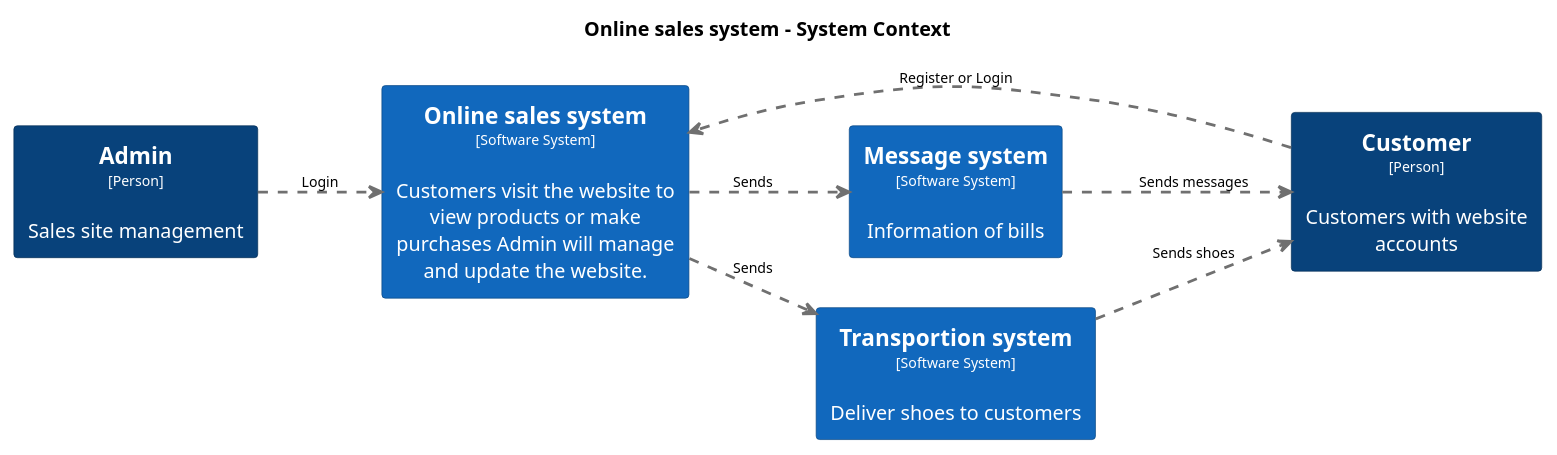
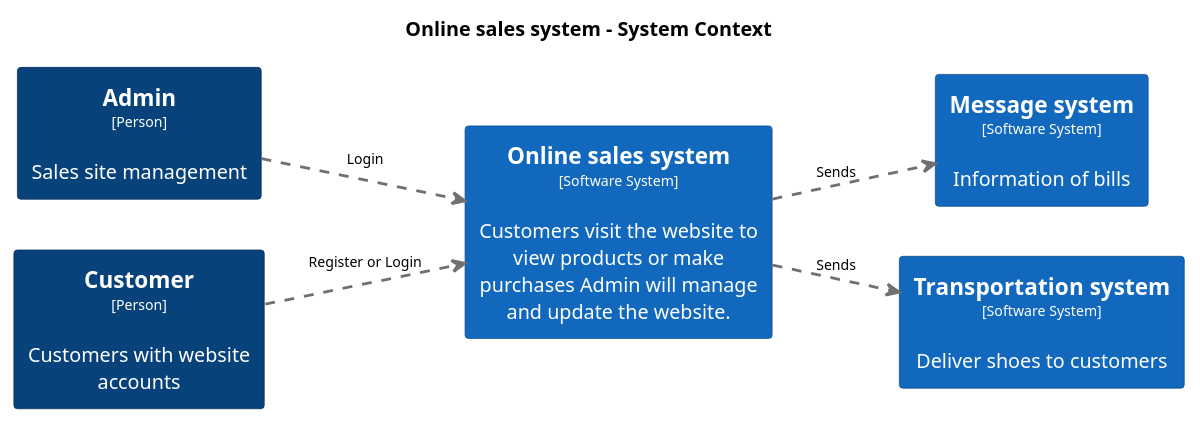
One commit to lantrannk/phan-tich-thiet-ke-oop changed the diagram in export/Customer.puml. Above: the diagram before and after it, drawn with PlantUML. The commit also changed 3 other files, not shown here.

```diff
--- a/export/Customer.puml
+++ b/export/Customer.puml
@@ -1,49 +1,47 @@
 @startuml(id=Customer)
 title Online sales system - System Context
 
 skinparam {
   shadowing false
   arrowFontSize 10
   defaultTextAlignment center
   wrapWidth 200
   maxMessageSize 100
 }
 hide stereotype
 left to right direction
 skinparam rectangle<<1>> {
   BackgroundColor #08427b
   FontColor #ffffff
   BorderColor #052e56
 }
+skinparam rectangle<<45>> {
+  BackgroundColor #1168bd
+  FontColor #ffffff
+  BorderColor #0b4884
+}
 skinparam rectangle<<2>> {
   BackgroundColor #08427b
   FontColor #ffffff
   BorderColor #052e56
 }
 skinparam rectangle<<3>> {
   BackgroundColor #1168bd
   FontColor #ffffff
   BorderColor #0b4884
 }
-skinparam rectangle<<4>> {
-  BackgroundColor #1168bd
-  FontColor #ffffff
-  BorderColor #0b4884
-}
-skinparam rectangle<<6>> {
+skinparam rectangle<<41>> {
   BackgroundColor #1168bd
   FontColor #ffffff
   BorderColor #0b4884
 }
 rectangle "==Admin\n<size:10>[Person]</size>\n\nSales site management" <<2>> as 2
 rectangle "==Customer\n<size:10>[Person]</size>\n\nCustomers with website accounts" <<1>> as 1
-rectangle "==Message system\n<size:10>[Software System]</size>\n\nInformation of bills" <<4>> as 4
-rectangle "==Online sales system\n<size:10>[Software System]</size>\n\nCustomers visit the website to view products or make purchases Admin will manage and update the website." <<6>> as 6
-rectangle "==Transportion system\n<size:10>[Software System]</size>\n\nDeliver shoes to customers" <<3>> as 3
-2 .[#707070,thickness=2].> 6 : "Login"
-1 .[#707070,thickness=2].> 6 : "Register or Login"
-4 .[#707070,thickness=2].> 1 : "Sends messages"
-6 .[#707070,thickness=2].> 4 : "Sends"
-6 .[#707070,thickness=2].> 3 : "Sends"
-3 .[#707070,thickness=2].> 1 : "Sends shoes"
+rectangle "==Message system\n<size:10>[Software System]</size>\n\nInformation of bills" <<45>> as 45
+rectangle "==Online sales system\n<size:10>[Software System]</size>\n\nCustomers visit the website to view products or make purchases Admin will manage and update the website." <<3>> as 3
+rectangle "==Transportation system\n<size:10>[Software System]</size>\n\nDeliver shoes to customers" <<41>> as 41
+2 .[#707070,thickness=2].> 3 : "Login"
+1 .[#707070,thickness=2].> 3 : "Register or Login"
+3 .[#707070,thickness=2].> 45 : "Sends"
+3 .[#707070,thickness=2].> 41 : "Sends"
 @enduml
```
